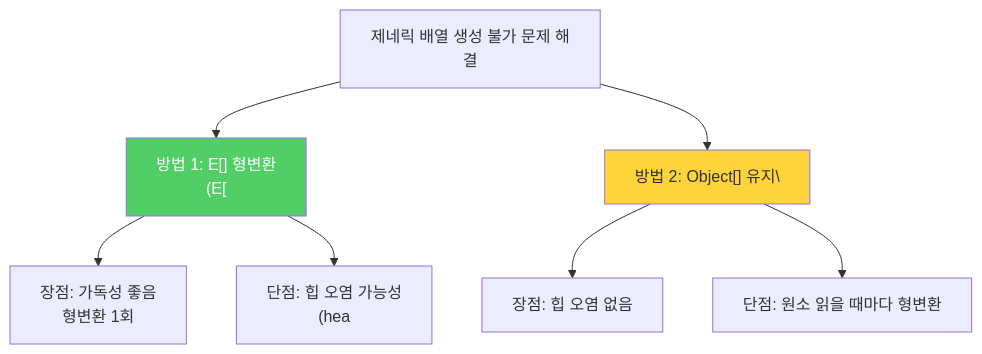
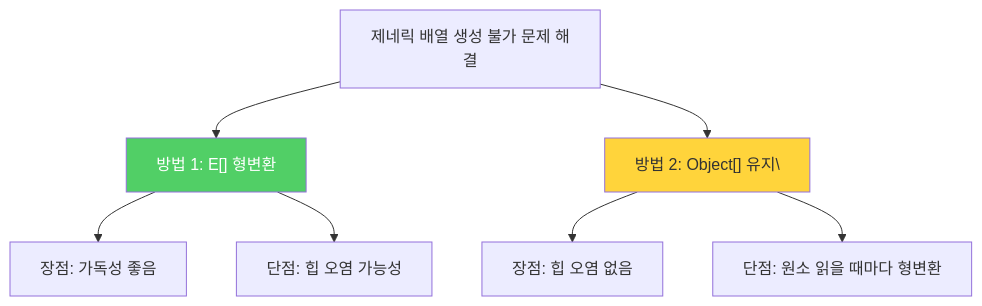
One commit to yjkim2015/yjkim2015.github.io changed the first of 2 diagrams in _posts/java/2022-01-07-effective-java29.md. Above: the diagram before and after it, drawn with Mermaid. The commit also changed other lines of this file and 217 other files, not shown here.

First line of the commit message:
Mermaid 크기 수정: useMaxWidth:true + SVG max-width:100% + 라벨 축소

````diff
--- a/_posts/java/2022-01-07-effective-java29.md
+++ b/_posts/java/2022-01-07-effective-java29.md
@@ -151,11 +151,11 @@
 ```mermaid
 graph TD
-    A["제네릭 배열 생성 불가 문제 해결"] --> B["방법 1: E[] 형변환\n(E["]
+    A["제네릭 배열 생성 불가 문제 해결"] --> B["방법 1: E[] 형변환"]
     A --> C["방법 2: Object[] 유지\"]
-    B --> B1["장점: 가독성 좋음\n형변환 1회"]
-    B --> B2["단점: 힙 오염 가능성\n(hea"]
+    B --> B1["장점: 가독성 좋음"]
+    B --> B2["단점: 힙 오염 가능성"]
     C --> C1["장점: 힙 오염 없음"]
     C --> C2["단점: 원소 읽을 때마다 형변환"]
     style B fill:#51cf66,color:#fff
     style C fill:#ffd43b
 ```
````
